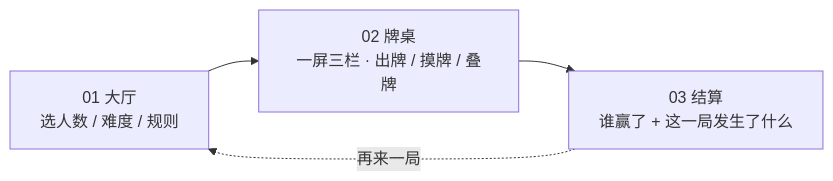
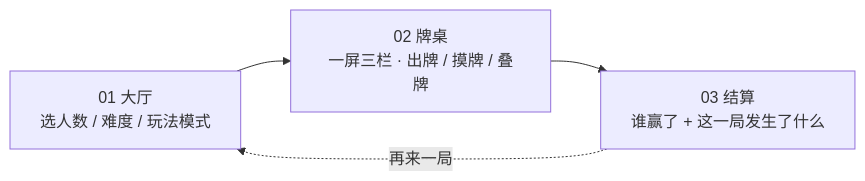
One commit to shark-syh/uno-personal-game changed the first of 3 diagrams in README.md. Above: the diagram before and after it, drawn with Mermaid. The commit also changed other lines of this file and 21 other files, not shown here.

````diff
--- a/README.md
+++ b/README.md
@@ -37,6 +39,6 @@
 ```mermaid
 flowchart LR
-  A["01 大厅<br/>选人数 / 难度 / 规则"] --> B["02 牌桌<br/>一屏三栏 · 出牌 / 摸牌 / 叠牌"]
+  A["01 大厅<br/>选人数 / 难度 / 玩法模式"] --> B["02 牌桌<br/>一屏三栏 · 出牌 / 摸牌 / 叠牌"]
   B --> C["03 结算<br/>谁赢了 + 这一局发生了什么"]
   C -.->|再来一局| A
 ```
````
